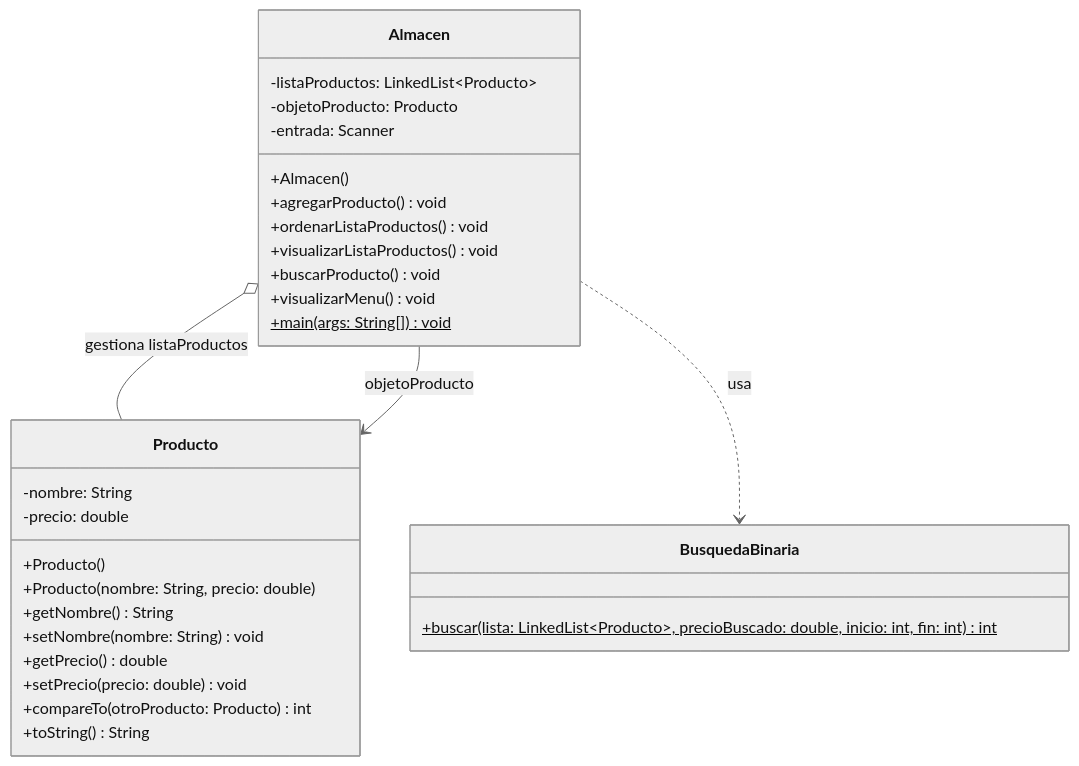
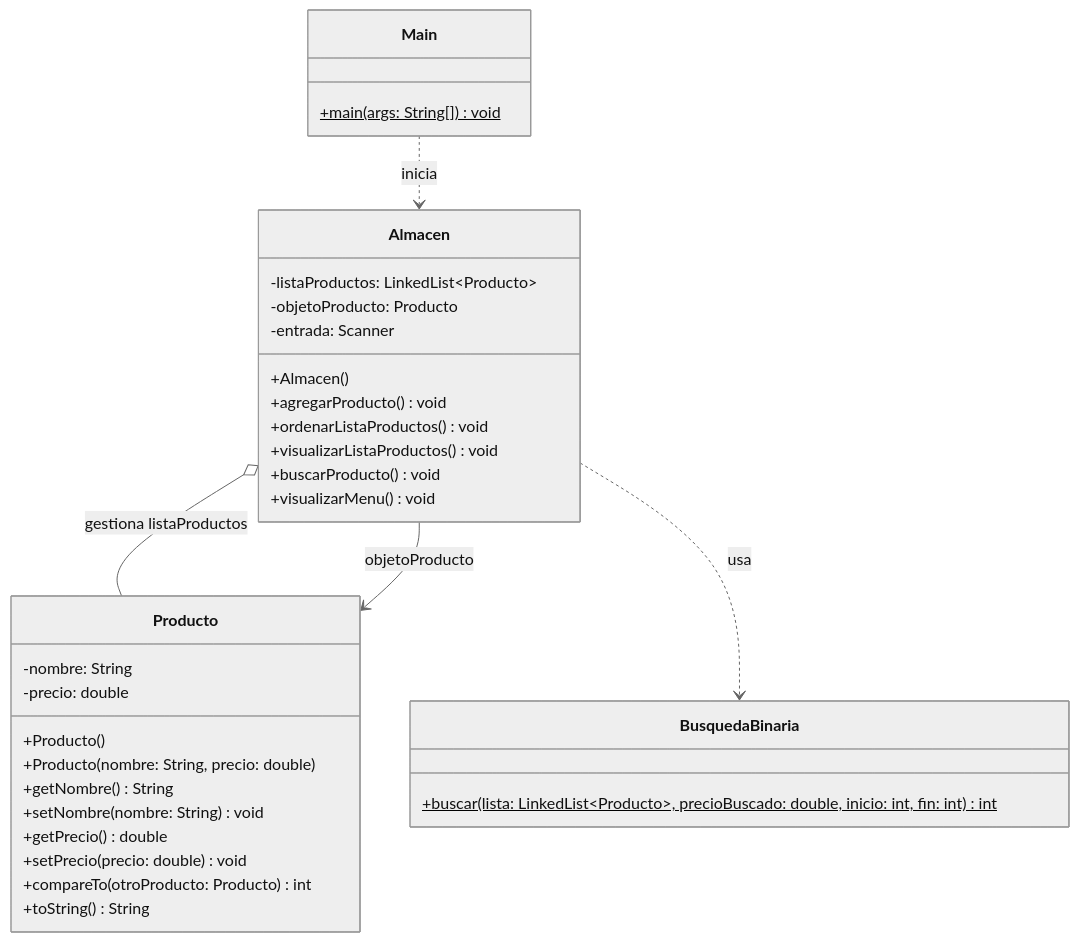
The diagram in README.md (kamila-selvas/253456_253427_U2_AC1), drawn with Mermaid (neutral theme) before and after one commit. The commit also changed other lines of this file and 2 other files, not shown here.

Commit message:
Arquitectura: Separar Main en su propia clase y actualizar diagrama

````diff
--- a/README.md
+++ b/README.md
@@ -15,36 +15,40 @@
 ```mermaid
 classDiagram
     class Producto {
         -nombre: String
         -precio: double
         +Producto()
         +Producto(nombre: String, precio: double)
         +getNombre() String
         +setNombre(nombre: String) void
         +getPrecio() double
         +setPrecio(precio: double) void
         +compareTo(otroProducto: Producto) int
         +toString() String
     }
 
     class BusquedaBinaria {
         +buscar(lista: LinkedList~Producto~, precioBuscado: double, inicio: int, fin: int)$ int
     }
 
     class Almacen {
         -listaProductos: LinkedList~Producto~
         -objetoProducto: Producto
         -entrada: Scanner
         +Almacen()
         +agregarProducto() void
         +ordenarListaProductos() void
         +visualizarListaProductos() void
         +buscarProducto() void
         +visualizarMenu() void
+    }
+
+    class Main {
         +main(args: String[])$ void
     }
 
     Almacen o-- Producto : gestiona listaProductos
     Almacen --> Producto : objetoProducto
     Almacen ..> BusquedaBinaria : usa
+    Main ..> Almacen : inicia
 ```
````
